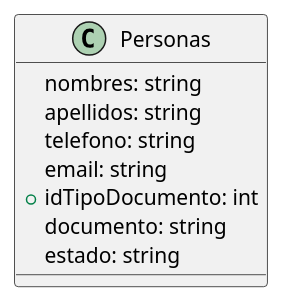
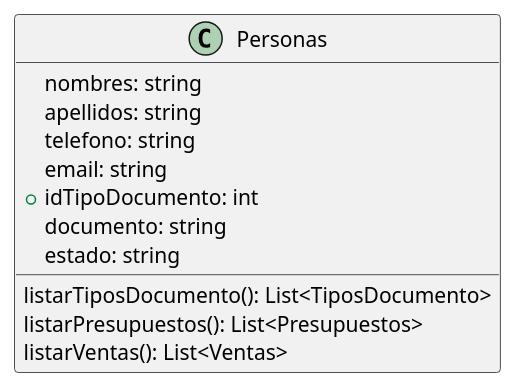
One commit to ZMGestion/DocumentacionZMGestion changed the diagram in DiagramaClases/Clases/Personas.puml. Above: the diagram before and after it, drawn with PlantUML. The commit also changed 48 other files, not shown here.

Commit message:
Nuevo metodos diagrama de clases

```diff
--- a/DiagramaClases/Clases/Personas.puml
+++ b/DiagramaClases/Clases/Personas.puml
@@ -1,11 +1,15 @@
 @startuml Personas
 class Personas{
    nombres: string
    apellidos: string
    telefono: string
    email: string
    +idTipoDocumento: int
    documento: string
    estado: string
+
+   listarTiposDocumento(): List<TiposDocumento>
+   listarPresupuestos(): List<Presupuestos>
+   listarVentas(): List<Ventas>
 }
 @enduml
```
